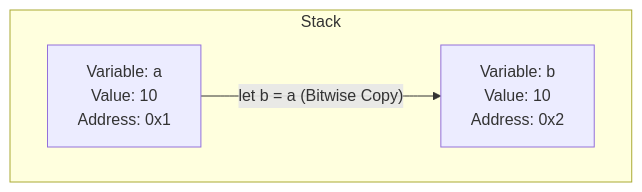
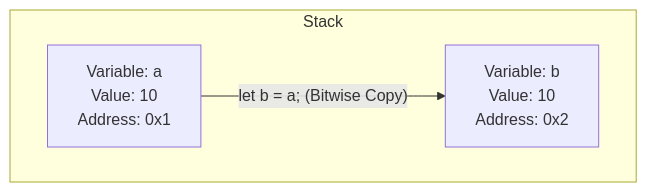
The second of 3 diagrams in content.md (softwarecowboy/introduction-to-rust), drawn with Mermaid before and after one commit. The commit also changed other lines of this file and 34 other files, not shown here.

````diff
--- a/content.md
+++ b/content.md
@@ -427,9 +637,9 @@
 ```mermaid +render
 graph TD
     subgraph Stack
         direction LR
         A["Variable: a<br/>Value: 10<br/>Address: 0x1"] 
         B["Variable: b<br/>Value: 10<br/>Address: 0x2"]
     end
-    A -- "let b = a (Bitwise Copy)" --> B
+    A -- "let b = a; (Bitwise Copy)" --> B
 ```
````
